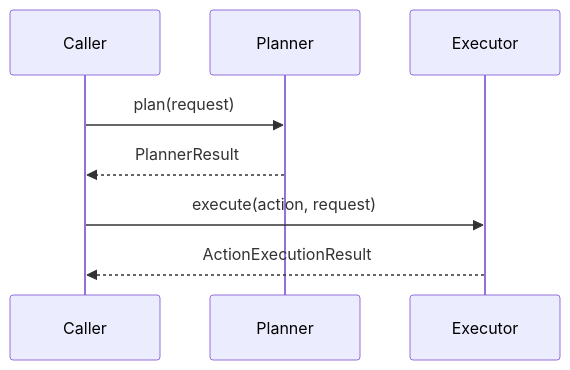
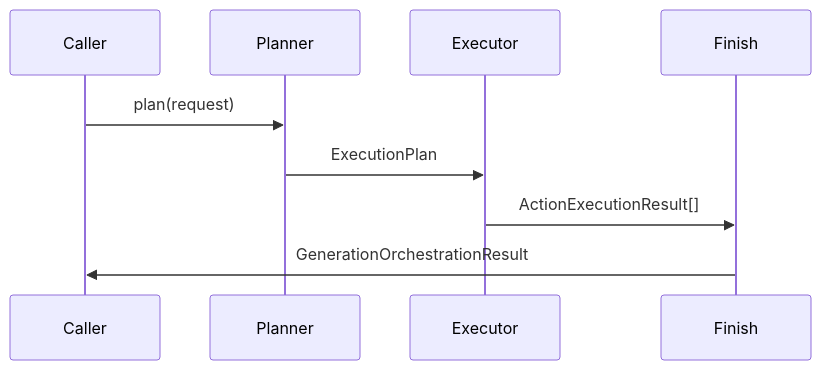
Before and after one commit to leynos/episodic: the diagram in docs/execplans/2-4-1-structured-output-planning-and-tool-calling-execution.md, drawn with Mermaid. The commit also changed other lines of this file and 5 other files, not shown here.

````diff
--- a/docs/execplans/2-4-1-structured-output-planning-and-tool-calling-execution.md
+++ b/docs/execplans/2-4-1-structured-output-planning-and-tool-calling-execution.md
@@ -355,10 +352,11 @@
 ```mermaid
 sequenceDiagram
     participant Caller
     participant Planner
     participant Executor
+    participant Finish
     Caller->>Planner: plan(request)
-    Planner-->>Caller: PlannerResult
-    Caller->>Executor: execute(action, request)
-    Executor-->>Caller: ActionExecutionResult
+    Planner->>Executor: ExecutionPlan
+    Executor->>Finish: ActionExecutionResult[]
+    Finish->>Caller: GenerationOrchestrationResult
 ```
````
